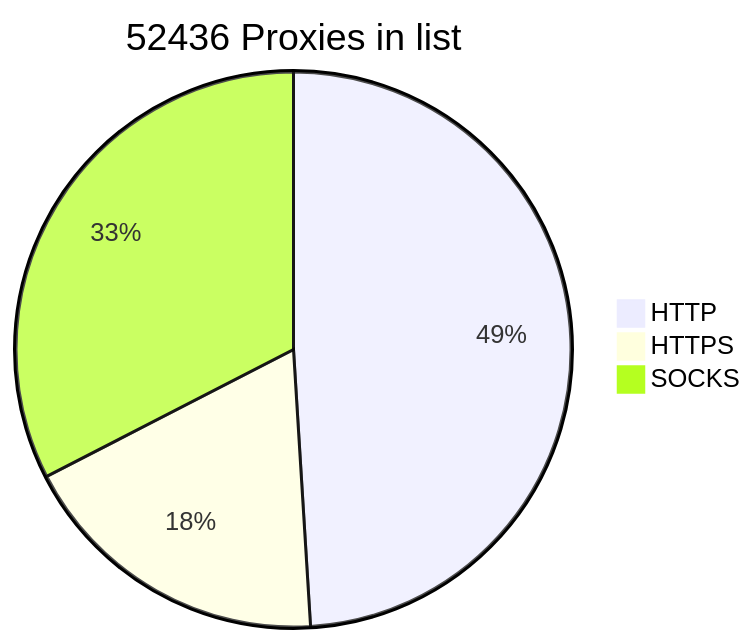
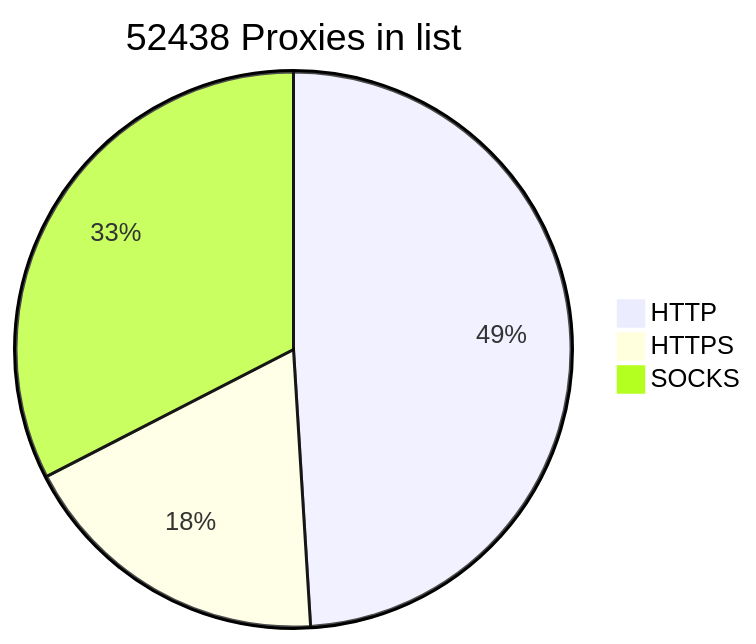
One commit to BlackSnowDot/proxylist-update-every-minute changed the diagram in README.md. Above: the diagram before and after it, drawn with Mermaid.

````diff
--- a/README.md
+++ b/README.md
@@ -2,6 +2,6 @@
 ```mermaid
-pie title 52436 Proxies in list
+pie title 52438 Proxies in list
     "HTTP" : 28905
-    "HTTPS": 10862
-    "SOCKS" : 19198
+    "HTTPS": 10863
+    "SOCKS" : 19200
 ```
````
